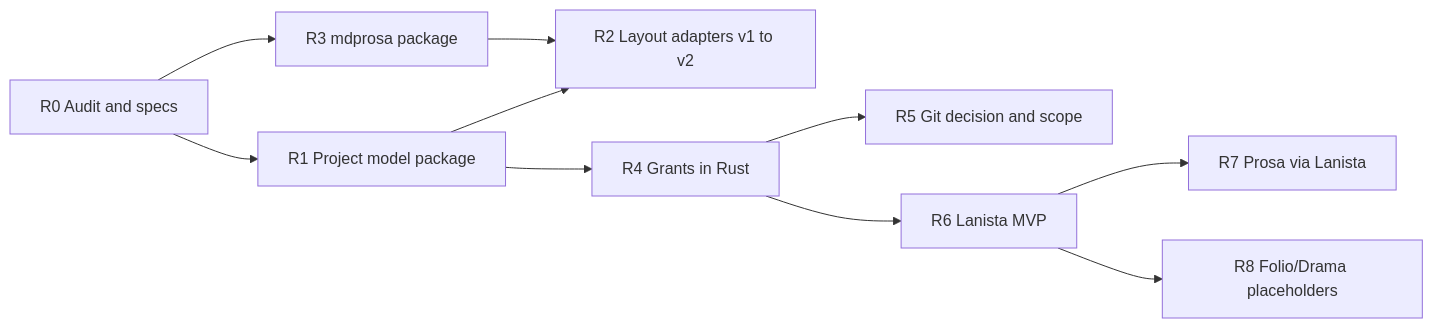
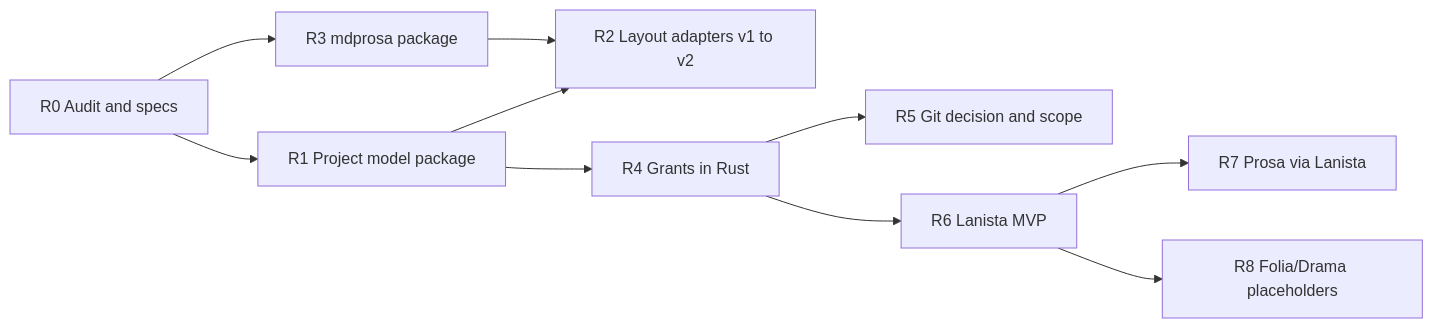
The diagram in docs/plans/active/multi-application-architecture-roadmap.md (erista-scribam/base), drawn with Mermaid before and after one commit. The commit also changed other lines of this file and 17 other files, not shown here.

````diff
--- a/docs/plans/active/multi-application-architecture-roadmap.md
+++ b/docs/plans/active/multi-application-architecture-roadmap.md
@@ -13,17 +13,17 @@
 ```mermaid
 flowchart LR
   R0[R0 Audit and specs]
   R1[R1 Project model package]
   R2[R2 Layout adapters v1 to v2]
   R3[R3 mdprosa package]
   R4[R4 Grants in Rust]
   R5[R5 Git decision and scope]
   R6[R6 Lanista MVP]
   R7[R7 Prosa via Lanista]
-  R8[R8 Folio/Drama placeholders]
+  R8[R8 Folia/Drama placeholders]
   R0 --> R1 --> R2
   R0 --> R3 --> R2
   R1 --> R4 --> R5
   R4 --> R6 --> R7
   R6 --> R8
 ```
````
